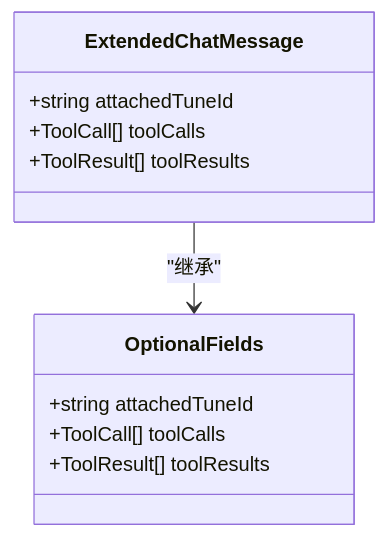
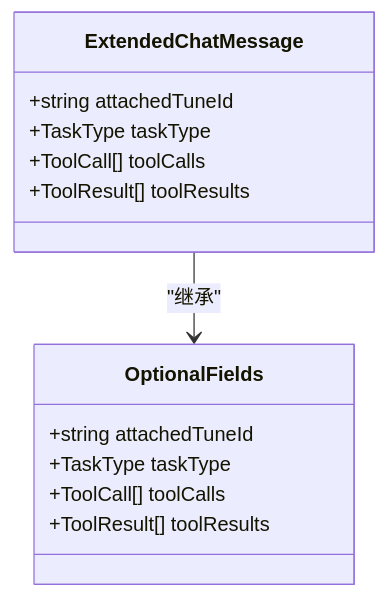
The fourth of 10 diagrams in .qoder/repowiki/zh/content/数据模型/聊天消息模型.md (aHin0805/FH6CarSettingAgent), drawn with Mermaid before and after one commit. The commit also changed other lines of this file and 59 other files, not shown here.

````diff
--- a/.qoder/repowiki/zh/content/数据模型/聊天消息模型.md
+++ b/.qoder/repowiki/zh/content/数据模型/聊天消息模型.md
@@ -176,14 +227,16 @@
 ```mermaid
 classDiagram
 class ExtendedChatMessage {
 +string attachedTuneId
++TaskType taskType
 +ToolCall[] toolCalls
 +ToolResult[] toolResults
 }
 class OptionalFields {
 +string attachedTuneId
++TaskType taskType
 +ToolCall[] toolCalls
 +ToolResult[] toolResults
 }
 ExtendedChatMessage --> OptionalFields : "继承"
 ```
````
